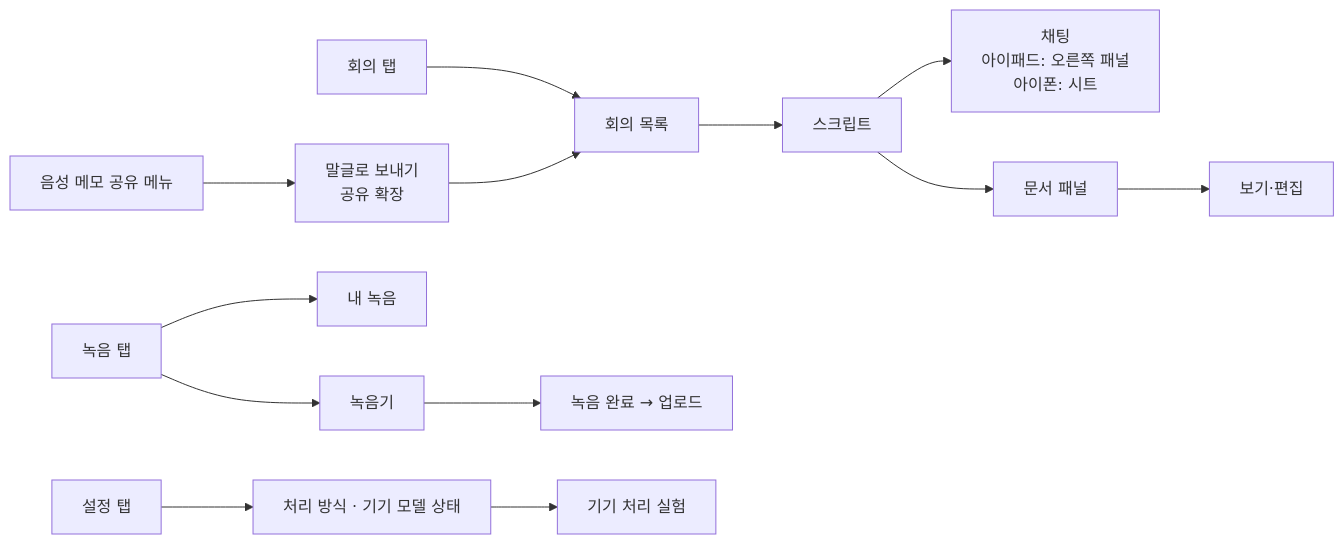
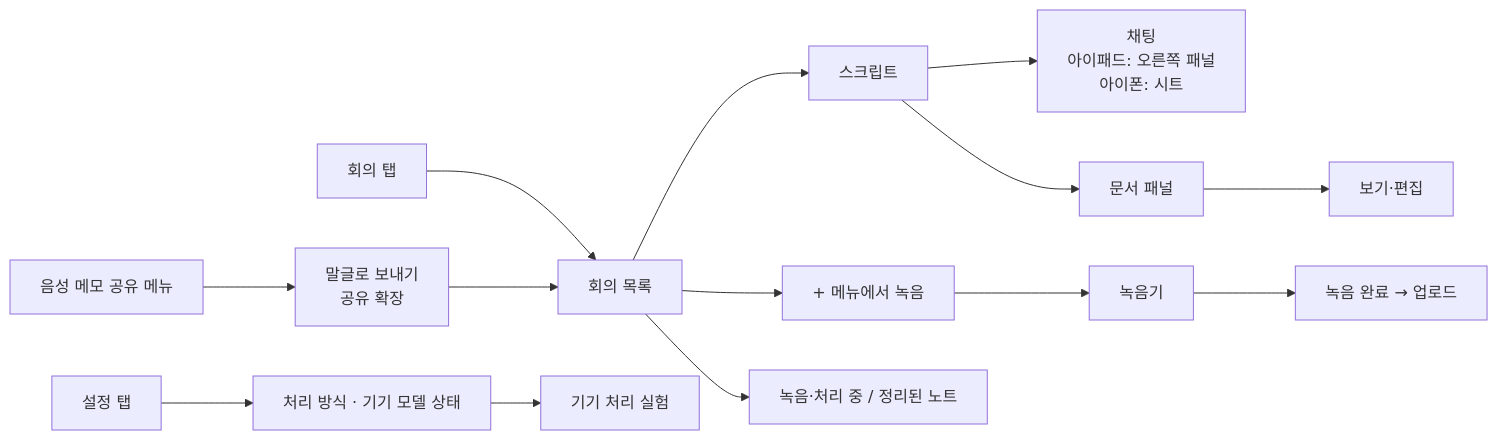
One commit to shin2012/malgeul-ios changed the diagram in README.md. Above: the diagram before and after it, drawn with Mermaid. The commit also changed other lines of this file and 25 other files, not shown here.

````diff
--- a/README.md
+++ b/README.md
@@ -46,14 +46,15 @@
 ```mermaid
 flowchart LR
     A[회의 탭] --> B[회의 목록]
     B --> C[스크립트]
     C --> D[채팅<br/>아이패드: 오른쪽 패널<br/>아이폰: 시트]
     C --> E[문서 패널]
     E --> F[보기·편집]
     G[녹음 탭] --> H[녹음기]
     H --> I[녹음 완료 → 업로드]
-    G --> J[내 녹음]
+    B --> J[녹음·처리 중 / 정리된 노트]
+    B --> G[+ 메뉴에서 녹음]
     K[설정 탭] --> N[처리 방식 · 기기 모델 상태]
     N --> O[기기 처리 실험]
     L[음성 메모 공유 메뉴] --> M[말글로 보내기<br/>공유 확장] --> B
 ```
````
